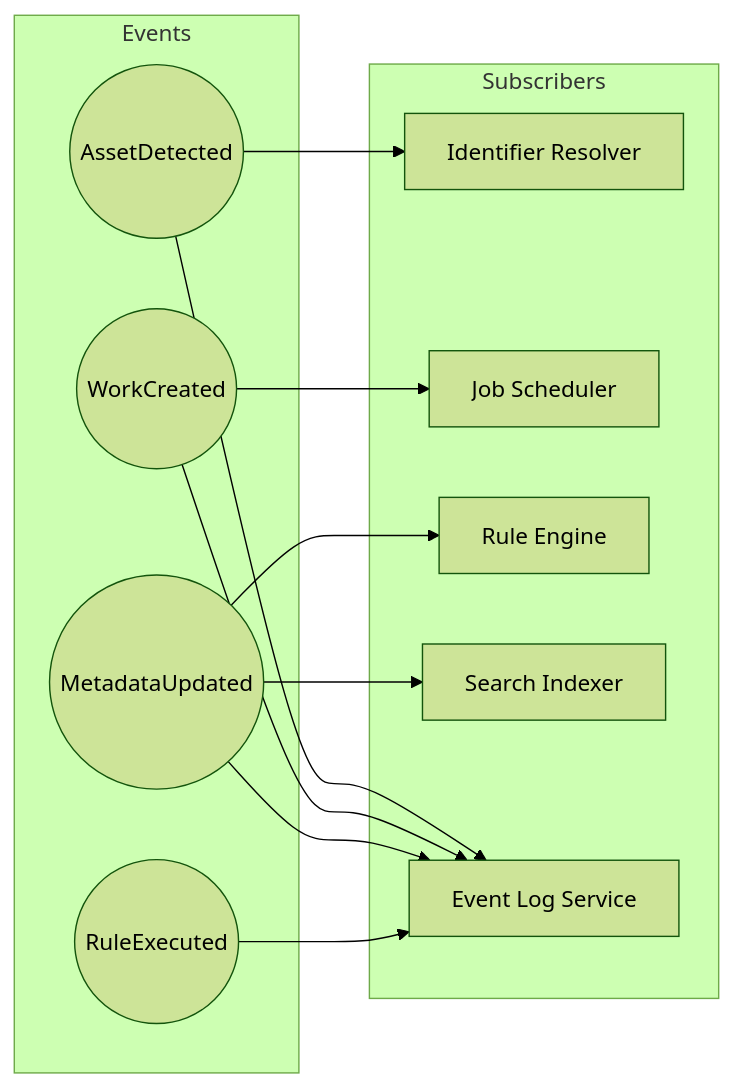
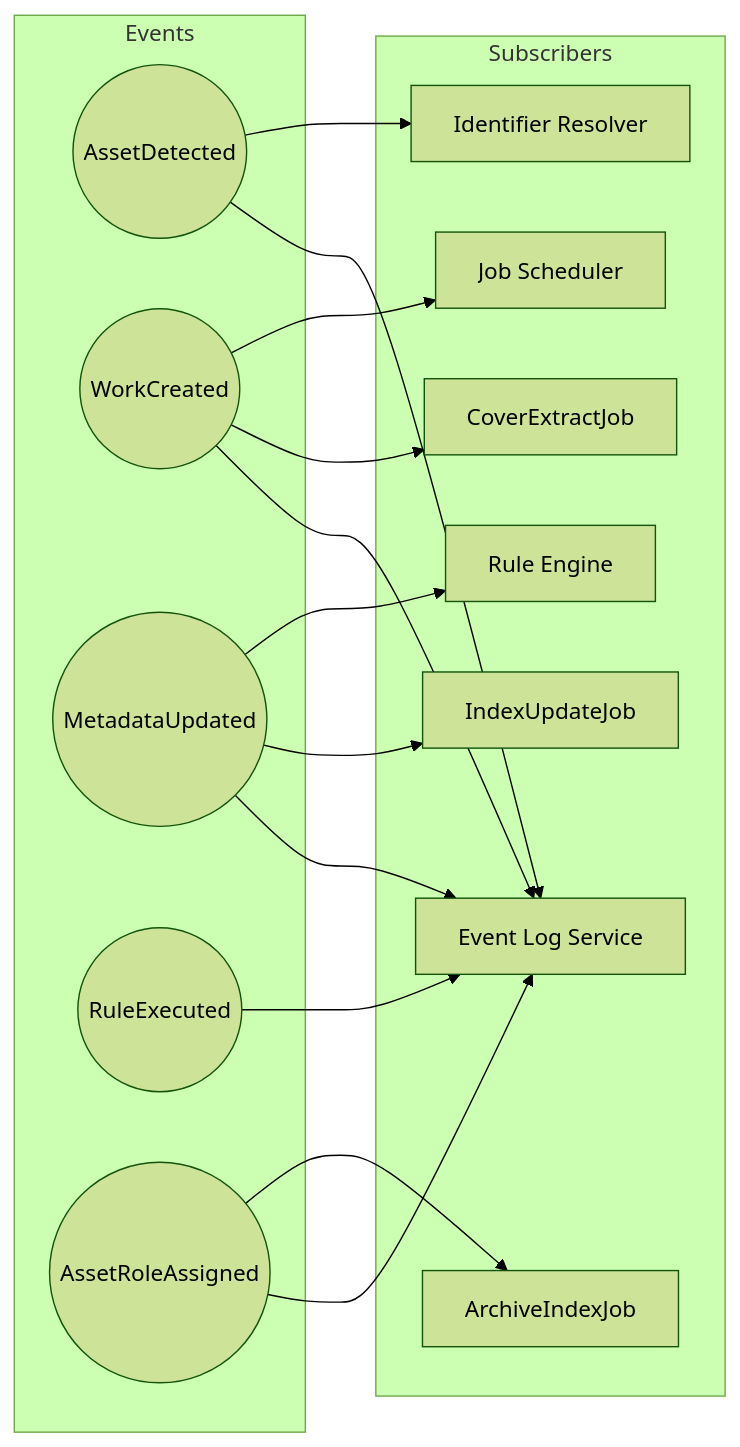
Before and after one commit to nuts-kinoco/WISE: the tenth of 10 diagrams in Document/Pipeline.md, drawn with Mermaid (forest theme). The commit also changed other lines of this file and 6 other files, not shown here.

First line of the commit message:
Docs v2.0: Architecture update for Comic/Doujin Library Extension

````diff
--- a/Document/Pipeline.md
+++ b/Document/Pipeline.md
@@ -134,23 +384,28 @@
 ```mermaid
 flowchart LR
     subgraph Events
         E1((AssetDetected))
         E2((WorkCreated))
         E3((MetadataUpdated))
         E4((RuleExecuted))
+        E5((AssetRoleAssigned))
     end
 
     subgraph Subscribers
         S_ID[Identifier Resolver]
         S_Job[Job Scheduler]
+        S_Cover[CoverExtractJob]
+        S_Arch[ArchiveIndexJob]
         S_Rule[Rule Engine]
-        S_Search[Search Indexer]
+        S_Search[IndexUpdateJob]
         S_Hist[Event Log Service]
     end
 
     E1 --> S_ID
     E2 --> S_Job
+    E2 --> S_Cover
     E3 --> S_Rule
     E3 --> S_Search
-    E1 & E2 & E3 & E4 --> S_Hist
+    E5 --> S_Arch
+    E1 & E2 & E3 & E4 & E5 --> S_Hist
 ```
````
